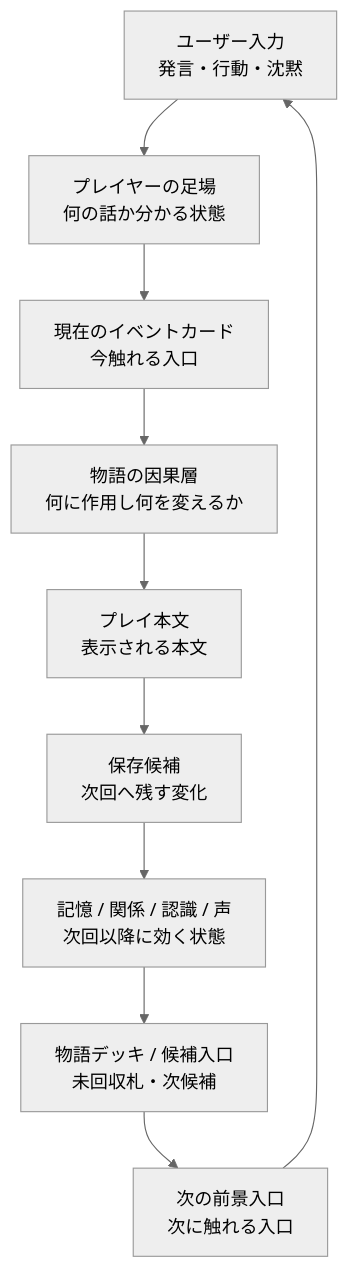
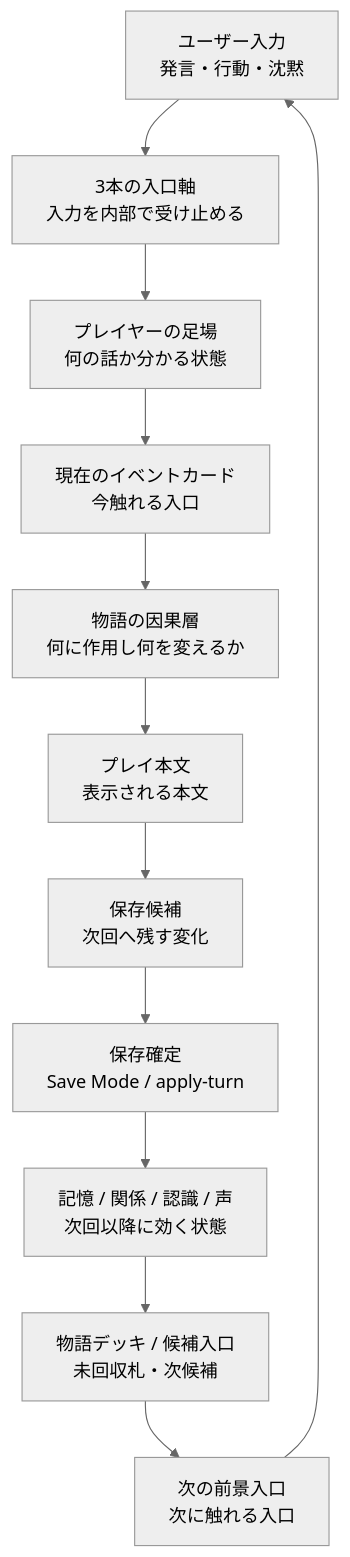
The first of 8 diagrams in docs/visual/lilia_story_engine_map.md (kh1985/LILIA), drawn with Mermaid (neutral theme) before and after one commit. The commit also changed other lines of this file and 1 other file, not shown here.

Commit message:
Clarify story engine architecture TODO

````diff
--- a/docs/visual/lilia_story_engine_map.md
+++ b/docs/visual/lilia_story_engine_map.md
@@ -12,14 +12,16 @@
 ```mermaid
 flowchart TD
   UI["ユーザー入力<br/>発言・行動・沈黙"]
+  THS["3本の入口軸<br/>入力を内部で受け止める"]
   PO["プレイヤーの足場<br/>何の話か分かる状態"]
   AEC["現在のイベントカード<br/>今触れる入口"]
   SCL["物語の因果層<br/>何に作用し何を変えるか"]
   PMO["プレイ本文<br/>表示される本文"]
   SUC["保存候補<br/>次回へ残す変化"]
+  SAVE["保存確定<br/>Save Mode / apply-turn"]
   MRBV["記憶 / 関係 / 認識 / 声<br/>次回以降に効く状態"]
   SDCH["物語デッキ / 候補入口<br/>未回収札・次候補"]
   NAH["次の前景入口<br/>次に触れる入口"]
 
-  UI --> PO --> AEC --> SCL --> PMO --> SUC --> MRBV --> SDCH --> NAH --> UI
+  UI --> THS --> PO --> AEC --> SCL --> PMO --> SUC --> SAVE --> MRBV --> SDCH --> NAH --> UI
 ```
````
